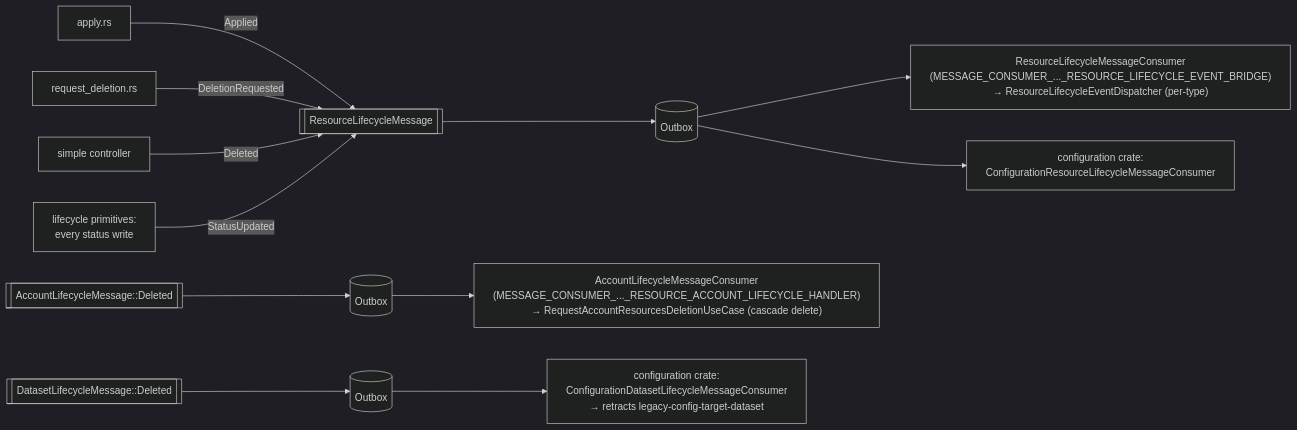
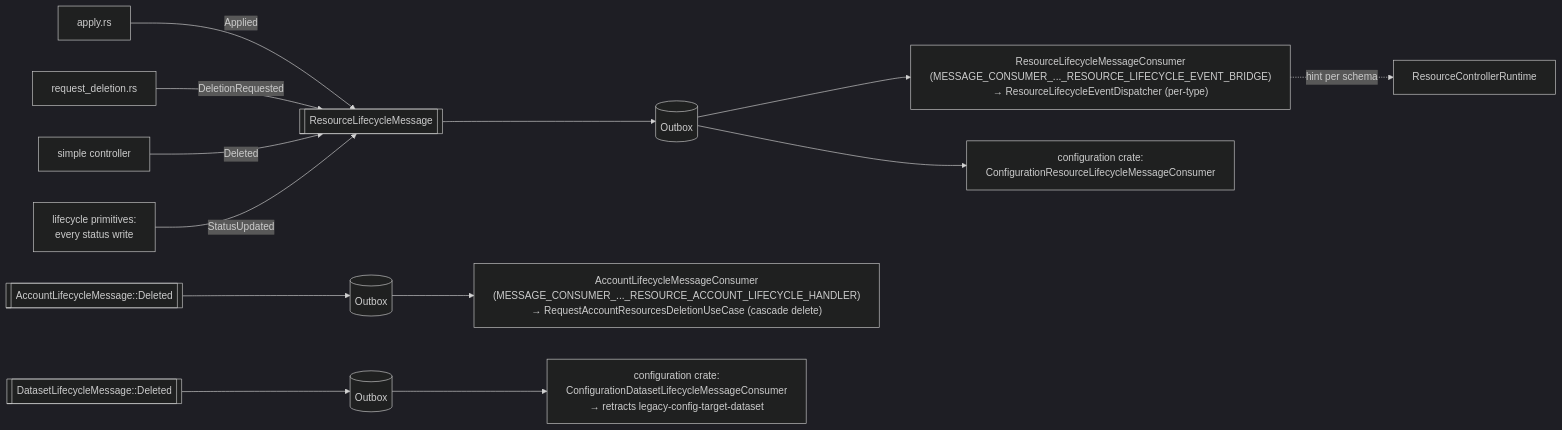
One commit to kamu-data/kamu-cli changed the fifth of 6 diagrams in docs/internal/resources-framework.md. Above: the diagram before and after it, drawn with Mermaid (dark theme). The commit also changed other lines of this file and 31 other files, not shown here.

Commit message:
Hint the controller runtime from lifecycle messages; drain controllers after CLI commands

````diff
--- a/docs/internal/resources-framework.md
+++ b/docs/internal/resources-framework.md
@@ -1647,18 +1664,19 @@
 ```mermaid
 flowchart LR
     APPLY["apply.rs"] -->|Applied| MSG[["ResourceLifecycleMessage"]]
     DEL["request_deletion.rs"] -->|DeletionRequested| MSG
     COMP["simple controller"] -->|Deleted| MSG
     PRIM["lifecycle primitives:<br/>every status write"] -->|StatusUpdated| MSG
 
     MSG --> OB[("Outbox")]
 
     OB --> BRIDGE["ResourceLifecycleMessageConsumer<br/>(MESSAGE_CONSUMER_..._RESOURCE_LIFECYCLE_EVENT_BRIDGE)<br/>→ ResourceLifecycleEventDispatcher (per-type)"]
+    BRIDGE -.->|hint per schema| RT["ResourceControllerRuntime"]
     OB --> CFG["configuration crate:<br/>ConfigurationResourceLifecycleMessageConsumer"]
 
     ACC[["AccountLifecycleMessage::Deleted"]] --> OB2[("Outbox")]
     OB2 --> ACCH["AccountLifecycleMessageConsumer<br/>(MESSAGE_CONSUMER_..._RESOURCE_ACCOUNT_LIFECYCLE_HANDLER)<br/>→ RequestAccountResourcesDeletionUseCase (cascade delete)"]
 
     DS[["DatasetLifecycleMessage::Deleted"]] --> OB3[("Outbox")]
     OB3 --> DSH["configuration crate:<br/>ConfigurationDatasetLifecycleMessageConsumer<br/>→ retracts legacy-config-target-dataset"]
 ```
````
